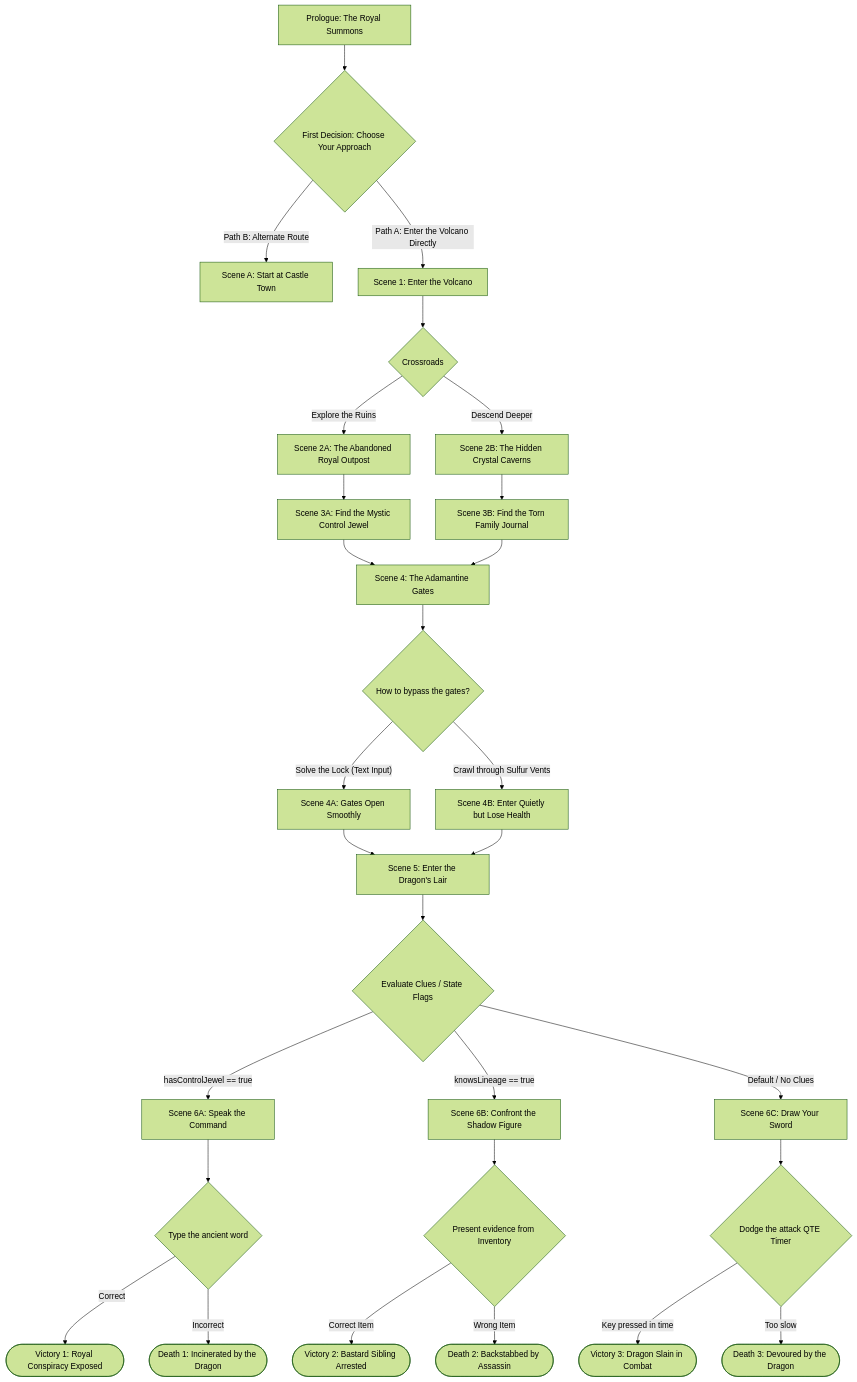
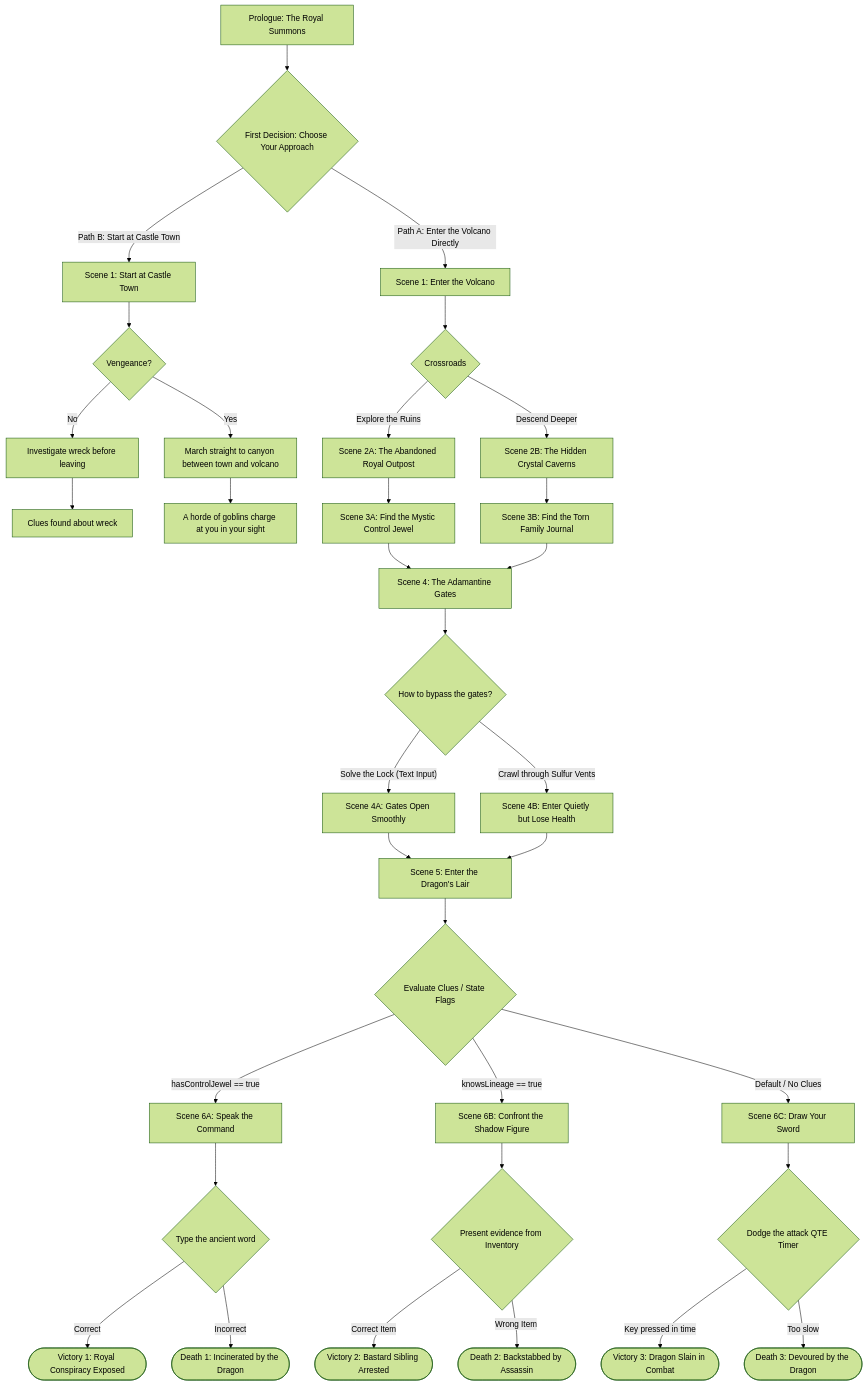
One commit to jwroberts1/Web115GrpPrj changed the diagram in README.md. Above: the diagram before and after it, drawn with Mermaid (forest theme). The commit also changed other lines of this file, not shown here.

First line of the commit message:
Revise README with updated team roles and flowchart

````diff
--- a/README.md
+++ b/README.md
@@ -37,52 +39,57 @@
 ```mermaid
 flowchart TD
     %% Opening Split
     Start[Prologue: The Royal Summons] --> Split{First Decision: Choose Your Approach}
     
-    %% Branch B: Zachary's Path (Act A: Hardship)
-    Split -- Path B: Alternate Route --> Z1[Scene A: Start at Castle Town]
+    %% Branch B: Zachary's Path (Castle Town & Canyon)
+    Split -- Path B: Start at Castle Town --> Z1[Scene 1: Start at Castle Town]
+    Z1 --> Z2{"Vengeance?"}
+    Z2 -->|Yes| Z4[March straight to canyon between town and volcano]
+    Z2 -->|No| Z3[Investigate wreck before leaving]
+    Z3 --> Z5[Clues found about wreck]
+    Z4 --> Z6[A horde of goblins charge at you in your sight]
     
     %% Branch A: John's Path (Act 1: The Descent)
     Split -- Path A: Enter the Volcano Directly --> A[Scene 1: Enter the Volcano]
     A --> B{Crossroads}
     B -- Explore the Ruins --> C[Scene 2A: The Abandoned Royal Outpost]
     B -- Descend Deeper --> D[Scene 2B: The Hidden Crystal Caverns]
     
     %% Act 2: Gathering Clues
     C --> E[Scene 3A: Find the Mystic Control Jewel]
     D --> F[Scene 3B: Find the Torn Family Journal]
     
     %% Act 3: The Gate Puzzle
     E --> G[Scene 4: The Adamantine Gates]
     F --> G
     
     G --> H{How to bypass the gates?}
     H -- Solve the Lock (Text Input) --> I[Scene 4A: Gates Open Smoothly]
     H -- Crawl through Sulfur Vents --> J[Scene 4B: Enter Quietly but Lose Health]
     
     %% Act 4: The Dragon's Lair
     I --> K[Scene 5: Enter the Dragon's Lair]
     J --> K
     
     K --> L{Evaluate Clues / State Flags}
     
     %% Act 5: The Branching Finales
     L -- hasControlJewel == true --> M[Scene 6A: Speak the Command]
     L -- knowsLineage == true --> N[Scene 6B: Confront the Shadow Figure]
     L -- Default / No Clues --> O[Scene 6C: Draw Your Sword]
     
     %% Finale 1: The Royal Conspiracy
     M --> M1{Type the ancient word}
     M1 -- Correct --> P([Victory 1: Royal Conspiracy Exposed])
     M1 -- Incorrect --> S([Death 1: Incinerated by the Dragon])
     
     %% Finale 2: The Bastard Sibling
     N --> N1{Present evidence from Inventory}
     N1 -- Correct Item --> Q([Victory 2: Bastard Sibling Arrested])
     N1 -- Wrong Item --> T([Death 2: Backstabbed by Assassin])
     
     %% Finale 3: The Monster Hunt
     O --> O1{Dodge the attack QTE Timer}
     O1 -- Key pressed in time --> R([Victory 3: Dragon Slain in Combat])
     O1 -- Too slow --> U([Death 3: Devoured by the Dragon])
 ```
````
